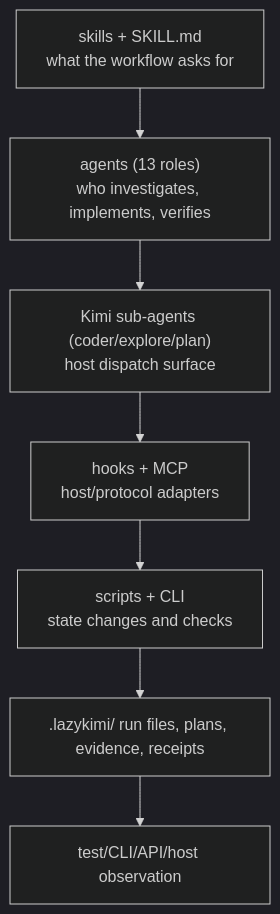
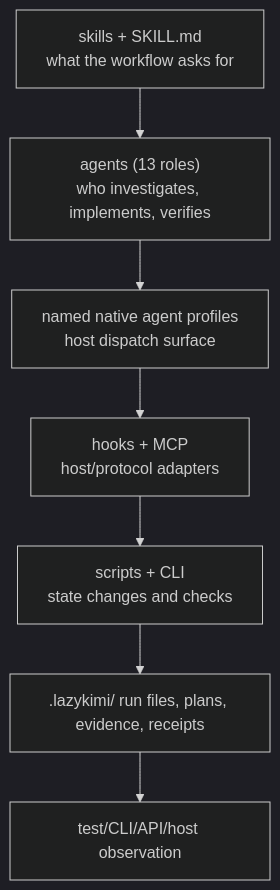
The diagram in lazykimi-plugin/docs/01-mental-model.md (elvinzhao10/LazyKimi), drawn with Mermaid (dark theme) before and after one commit. The commit also changed other lines of this file and 210 other files, not shown here.

First line of the commit message:
Release LazyKimi 1.3.4: safe lifecycle and native adapters (#1)

````diff
--- a/lazykimi-plugin/docs/01-mental-model.md
+++ b/lazykimi-plugin/docs/01-mental-model.md
@@ -7,11 +7,11 @@
 ```mermaid
 flowchart TB
     Policy["skills + SKILL.md\nwhat the workflow asks for"]
     Roles["agents (13 roles)\nwho investigates, implements, verifies"]
-    Channels["Kimi sub-agents (coder/explore/plan)\nhost dispatch surface"]
+    Channels["named native agent profiles\nhost dispatch surface"]
     Adapter["hooks + MCP\nhost/protocol adapters"]
     Runtime["scripts + CLI\nstate changes and checks"]
     State[".lazykimi/ run files, plans, evidence, receipts"]
     Proof["test/CLI/API/host observation"]
     Policy --> Roles --> Channels --> Adapter --> Runtime --> State --> Proof
 ```
````
